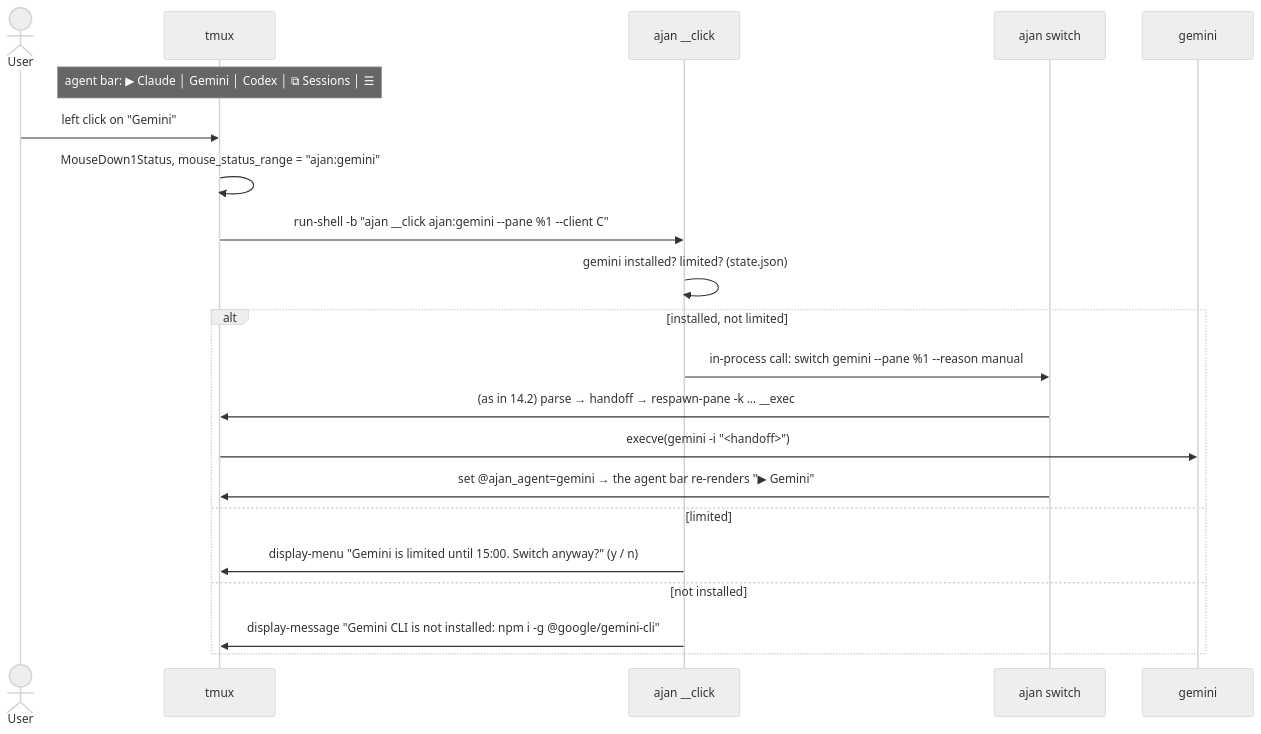
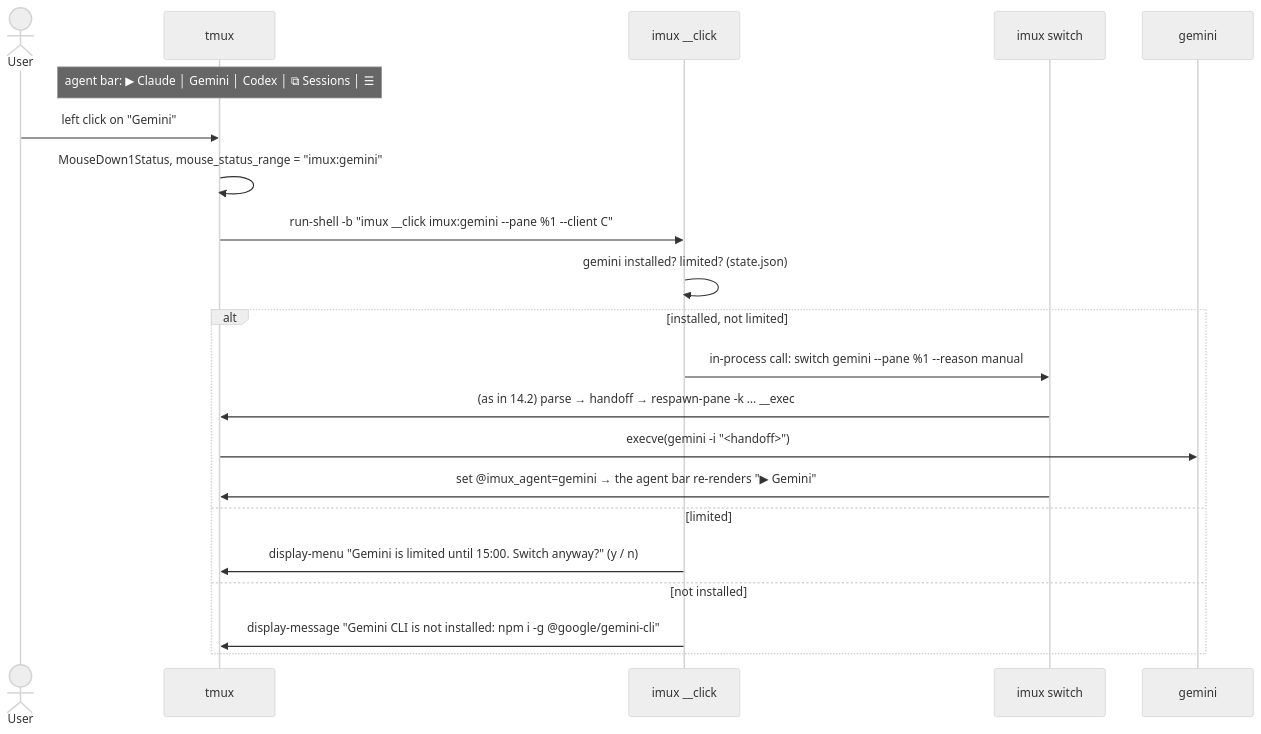
The eighth of 9 diagrams in ARCHITECTURE.md (hamzayogurtcuoglu/i-mux), drawn with Mermaid (neutral theme) before and after one commit. The commit also changed other lines of this file and 130 other files, not shown here.

First line of the commit message:
Rename ajan to i-mux (command imux)

````diff
--- a/ARCHITECTURE.md
+++ b/ARCHITECTURE.md
@@ -1166,23 +1166,23 @@
 ```mermaid
 sequenceDiagram
   actor U as User
   participant T as tmux
-  participant K as ajan __click
-  participant S as ajan switch
+  participant K as imux __click
+  participant S as imux switch
   participant G as gemini
   Note over T: agent bar: ▶ Claude │ Gemini │ Codex │ ⧉ Sessions │ ☰
   U->>T: left click on "Gemini"
-  T->>T: MouseDown1Status, mouse_status_range = "ajan:gemini"
-  T->>K: run-shell -b "ajan __click ajan:gemini --pane %1 --client C"
+  T->>T: MouseDown1Status, mouse_status_range = "imux:gemini"
+  T->>K: run-shell -b "imux __click imux:gemini --pane %1 --client C"
   K->>K: gemini installed? limited? (state.json)
   alt installed, not limited
     K->>S: in-process call: switch gemini --pane %1 --reason manual
     S->>T: (as in 14.2) parse → handoff → respawn-pane -k … __exec
     T->>G: execve(gemini -i "<handoff>")
-    S->>T: set @ajan_agent=gemini → the agent bar re-renders "▶ Gemini"
+    S->>T: set @imux_agent=gemini → the agent bar re-renders "▶ Gemini"
   else limited
     K->>T: display-menu "Gemini is limited until 15:00. Switch anyway?" (y / n)
   else not installed
     K->>T: display-message "Gemini CLI is not installed: npm i -g @google/gemini-cli"
   end
 ```
````
